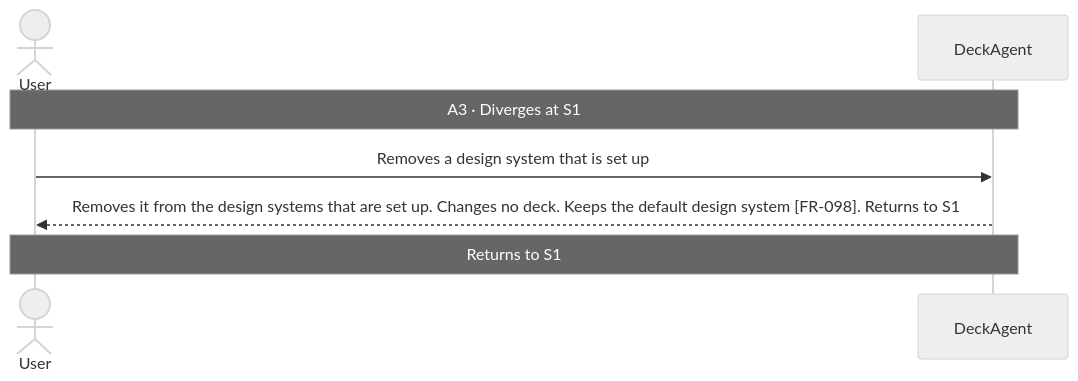
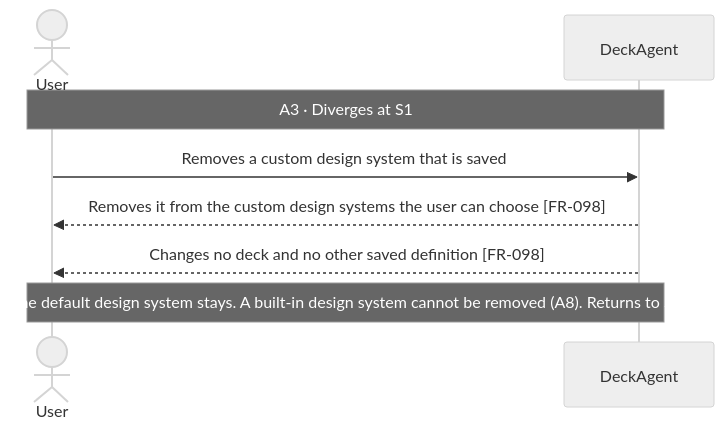
Before and after one commit to Luke23127006/DeckAgent: the fourth of 9 diagrams in docs/spec/03-use-cases/UC-010.md, drawn with Mermaid (neutral theme). The commit also changed other lines of this file and 7 other files, not shown here.

Commit message:
docs(spec): add built-in design system behavior

````diff
--- a/docs/spec/03-use-cases/UC-010.md
+++ b/docs/spec/03-use-cases/UC-010.md
@@ -89,9 +94,10 @@
 ```mermaid
 sequenceDiagram
     actor User
     participant DeckAgent
     Note over User,DeckAgent: A3 · Diverges at S1
-    User->>DeckAgent: Removes a design system that is set up
-    DeckAgent-->>User: Removes it from the design systems that are set up. Changes no deck. Keeps the default design system [FR-098]. Returns to S1
-    Note over User,DeckAgent: Returns to S1
+    User->>DeckAgent: Removes a custom design system that is saved
+    DeckAgent-->>User: Removes it from the custom design systems the user can choose [FR-098]
+    DeckAgent-->>User: Changes no deck and no other saved definition [FR-098]
+    Note over User,DeckAgent: The default design system stays. A built-in design system cannot be removed (A8). Returns to S1
 ```
````
